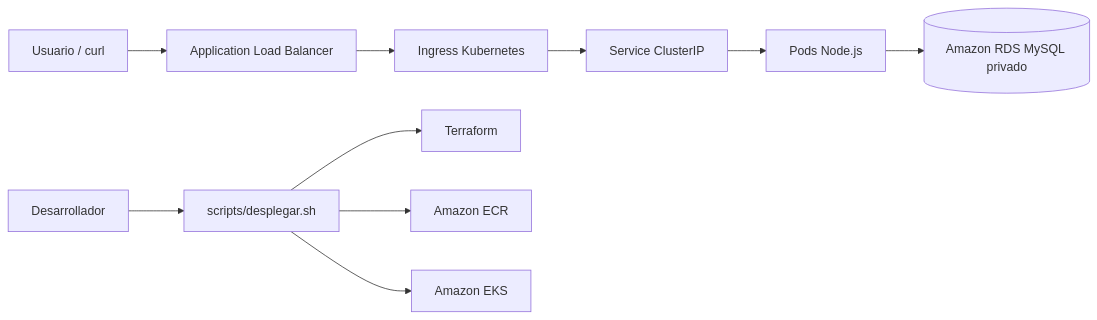
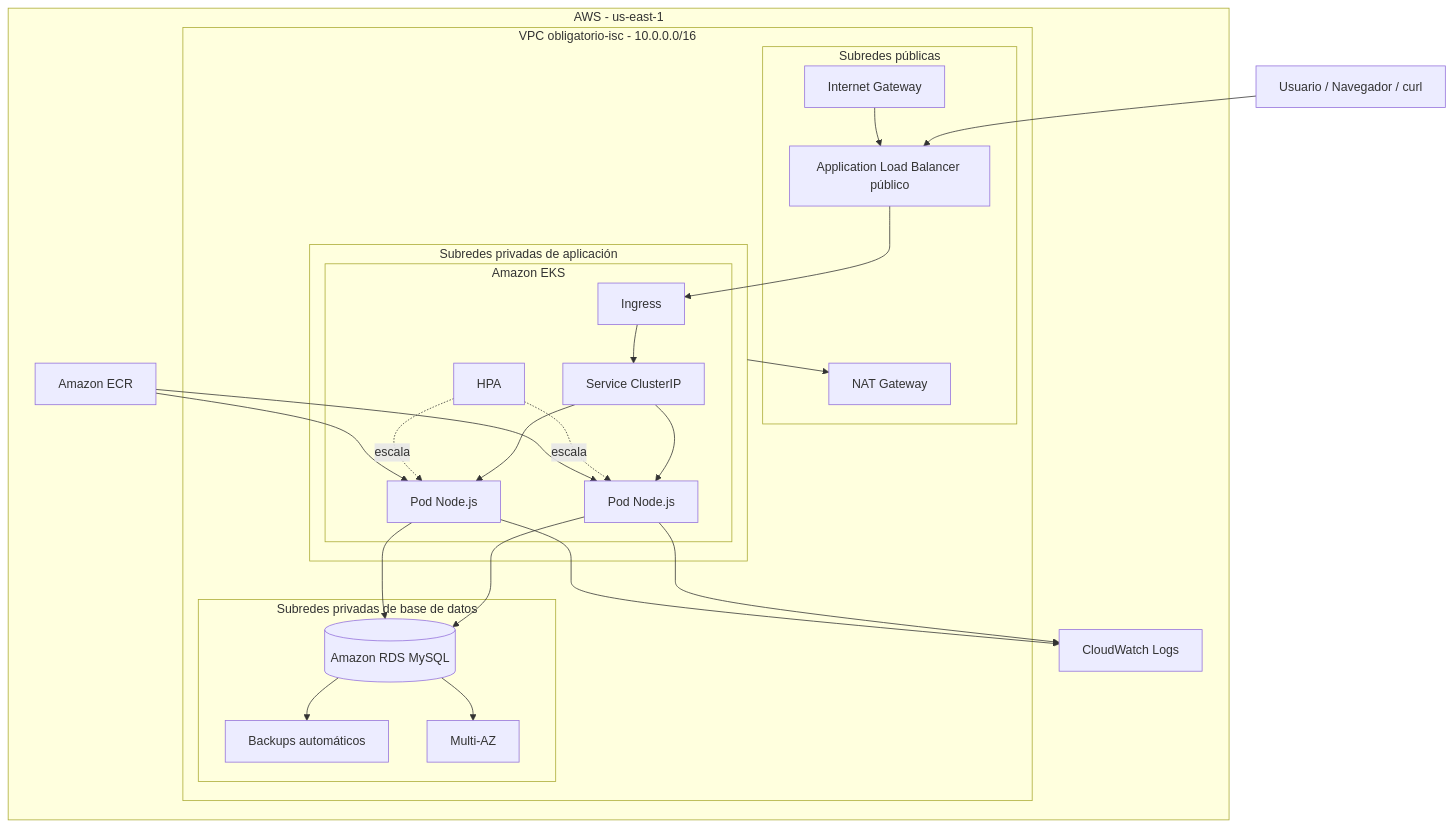
Before and after one commit to Juchilgaa/ORT2026_ISC-JRFF: the diagram in README.md, drawn with Mermaid. The commit also changed other lines of this file, not shown here.

Commit message:
Organizar README y mejorar diagrama

````diff
--- a/README.md
+++ b/README.md
@@ -24,13 +56,54 @@
 ```mermaid
-flowchart LR
-    U[Usuario / curl] --> ALB[Application Load Balancer]
-    ALB --> ING[Ingress Kubernetes]
-    ING --> SVC[Service ClusterIP]
-    SVC --> POD[Pods Node.js]
-    POD --> RDS[(Amazon RDS MySQL privado)]
+flowchart TB
+    USER[Usuario / Navegador / curl] --> ALB[Application Load Balancer público]
 
-    DEV[Desarrollador] --> SCRIPT[scripts/desplegar.sh]
-    SCRIPT --> TF[Terraform]
-    SCRIPT --> ECR[Amazon ECR]
-    SCRIPT --> EKS[Amazon EKS]
+    subgraph AWS[AWS - us-east-1]
+        subgraph VPC[VPC obligatorio-isc - 10.0.0.0/16]
+
+            subgraph PUB[Subredes públicas]
+                ALB
+                NAT[NAT Gateway]
+                IGW[Internet Gateway]
+            end
+
+            subgraph APP[Subredes privadas de aplicación]
+                subgraph EKS[Amazon EKS]
+                    ING[Ingress]
+                    SVC[Service ClusterIP]
+                    POD1[Pod Node.js]
+                    POD2[Pod Node.js]
+                    HPA[HPA]
+                end
+            end
+
+            subgraph DB[Subredes privadas de base de datos]
+                RDS[(Amazon RDS MySQL)]
+                BKP[Backups automáticos]
+                MAZ[Multi-AZ]
+            end
+        end
+
+        ECR[Amazon ECR]
+        CW[CloudWatch Logs]
+    end
+
+    ALB --> ING
+    ING --> SVC
+    SVC --> POD1
+    SVC --> POD2
+    HPA -. escala .-> POD1
+    HPA -. escala .-> POD2
+
+    POD1 --> RDS
+    POD2 --> RDS
+    RDS --> BKP
+    RDS --> MAZ
+
+    ECR --> POD1
+    ECR --> POD2
+    POD1 --> CW
+    POD2 --> CW
+
+    IGW --> ALB
+    APP --> NAT
 ```
````
